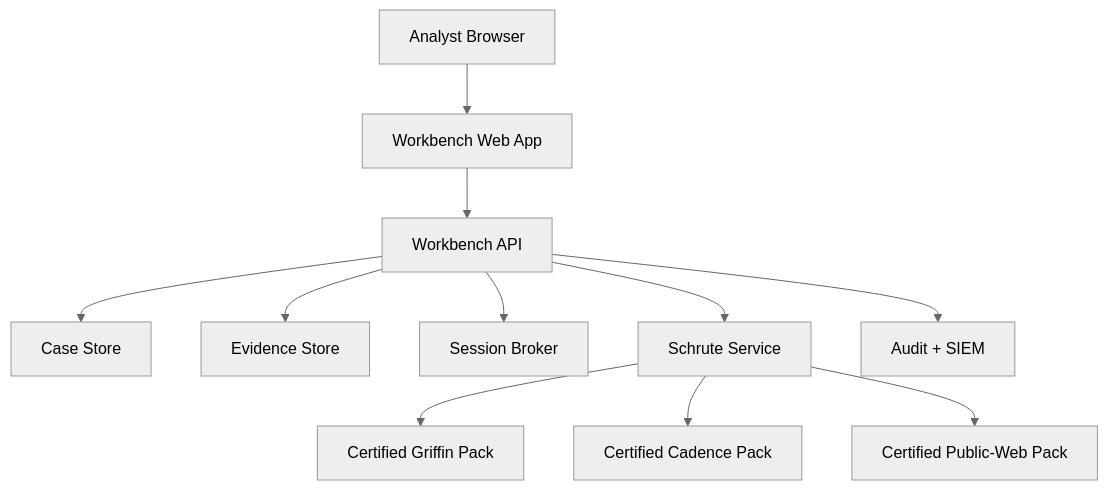
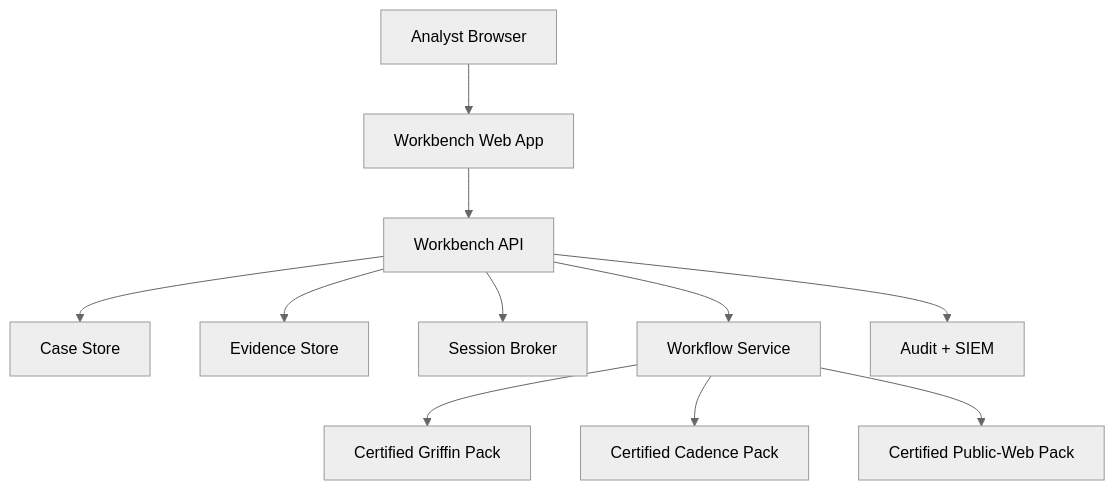
Before and after one commit to Rvnderdahiya/Ravender_compliance_workbench: the second of 2 diagrams in docs/architecture.md, drawn with Mermaid (neutral theme). The commit also changed other lines of this file and 5 other files, not shown here.

````diff
--- a/docs/architecture.md
+++ b/docs/architecture.md
@@ -59,13 +59,13 @@
 ```mermaid
 flowchart TD
     A["Analyst Browser"] --> B["Workbench Web App"]
     B --> C["Workbench API"]
     C --> D["Case Store"]
     C --> E["Evidence Store"]
     C --> F["Session Broker"]
-    C --> G["Schrute Service"]
+    C --> G["Workflow Service"]
     G --> H["Certified Griffin Pack"]
     G --> I["Certified Cadence Pack"]
     G --> J["Certified Public-Web Pack"]
     C --> K["Audit + SIEM"]
 ```
````
